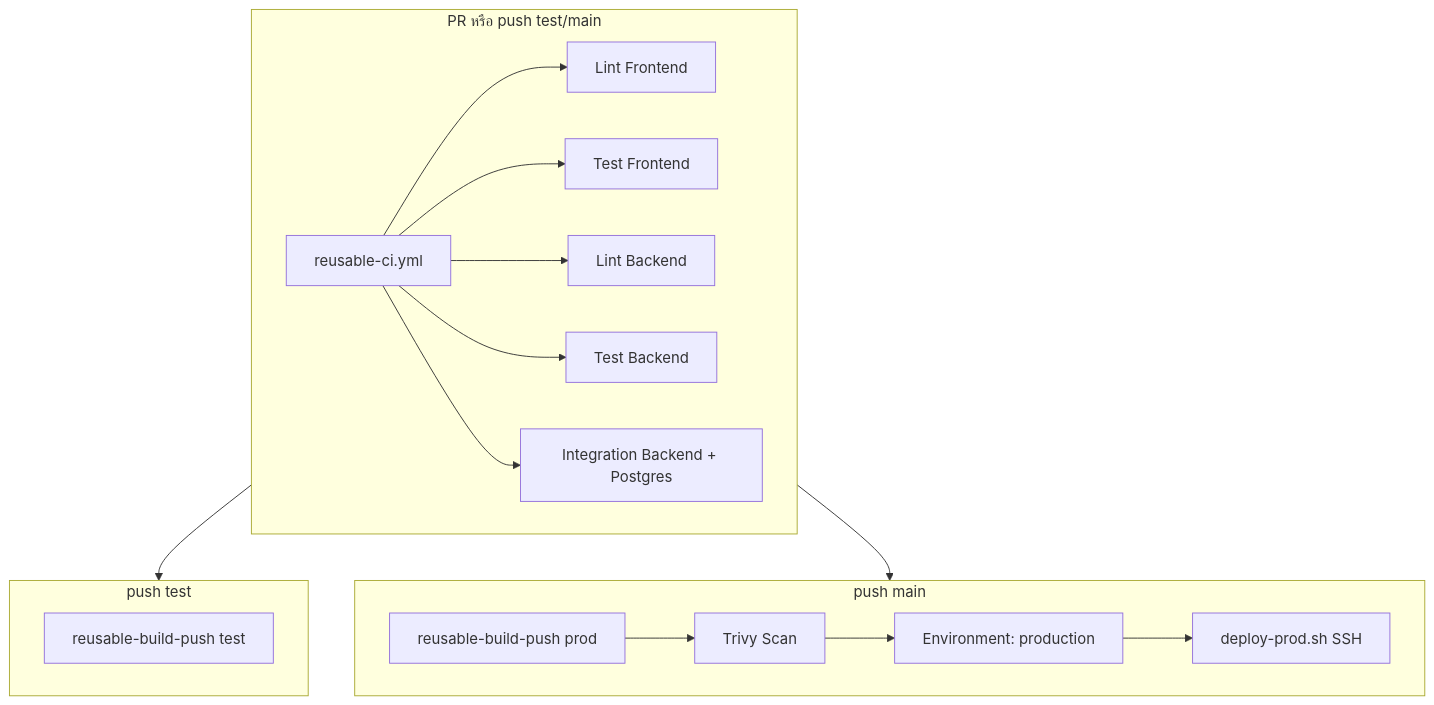
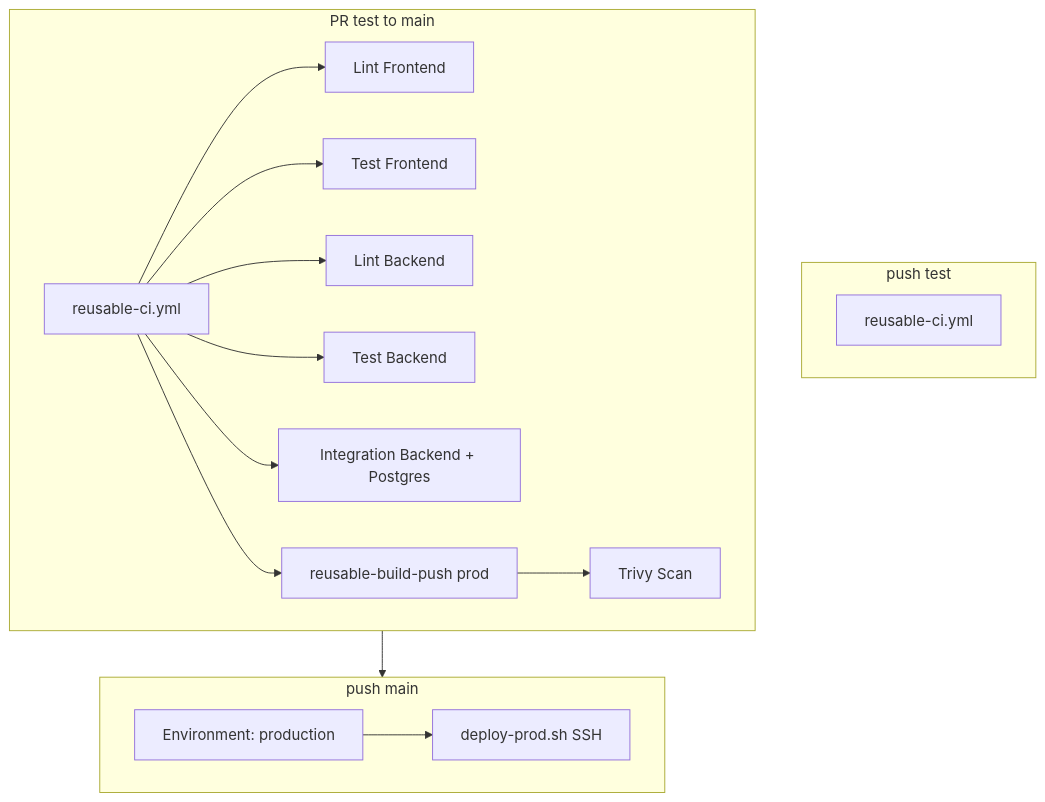
One commit to wiratatwork/-Practice-Angular_DotnetAPI changed the diagram in NOTE_CICD.md. Above: the diagram before and after it, drawn with Mermaid. The commit also changed other lines of this file and 2 other files, not shown here.

````diff
--- a/NOTE_CICD.md
+++ b/NOTE_CICD.md
@@ -9,26 +9,26 @@
 ```mermaid
 flowchart TB
-    subgraph pr [PR หรือ push test/main]
+    subgraph testFlow [push test]
+        CI_Test[reusable-ci.yml]
+    end
+
+    subgraph prMain [PR test to main]
         CI[reusable-ci.yml]
         CI --> LintFE[Lint Frontend]
         CI --> TestFE[Test Frontend]
         CI --> LintBE[Lint Backend]
         CI --> TestBE[Test Backend]
         CI --> IntBE[Integration Backend + Postgres]
-    end
-
-    subgraph testCd [push test]
-        BuildTest[reusable-build-push test]
+        BuildProd[reusable-build-push prod]
+        Trivy[Trivy Scan]
+        CI --> BuildProd --> Trivy
     end
 
     subgraph prodCd [push main]
-        BuildProd[reusable-build-push prod]
-        Trivy[Trivy Scan]
         Approve[Environment: production]
         Deploy[deploy-prod.sh SSH]
-        BuildProd --> Trivy --> Approve --> Deploy
+        Approve --> Deploy
     end
 
-    pr --> testCd
-    pr --> prodCd
+    prMain --> prodCd
 ```
````
